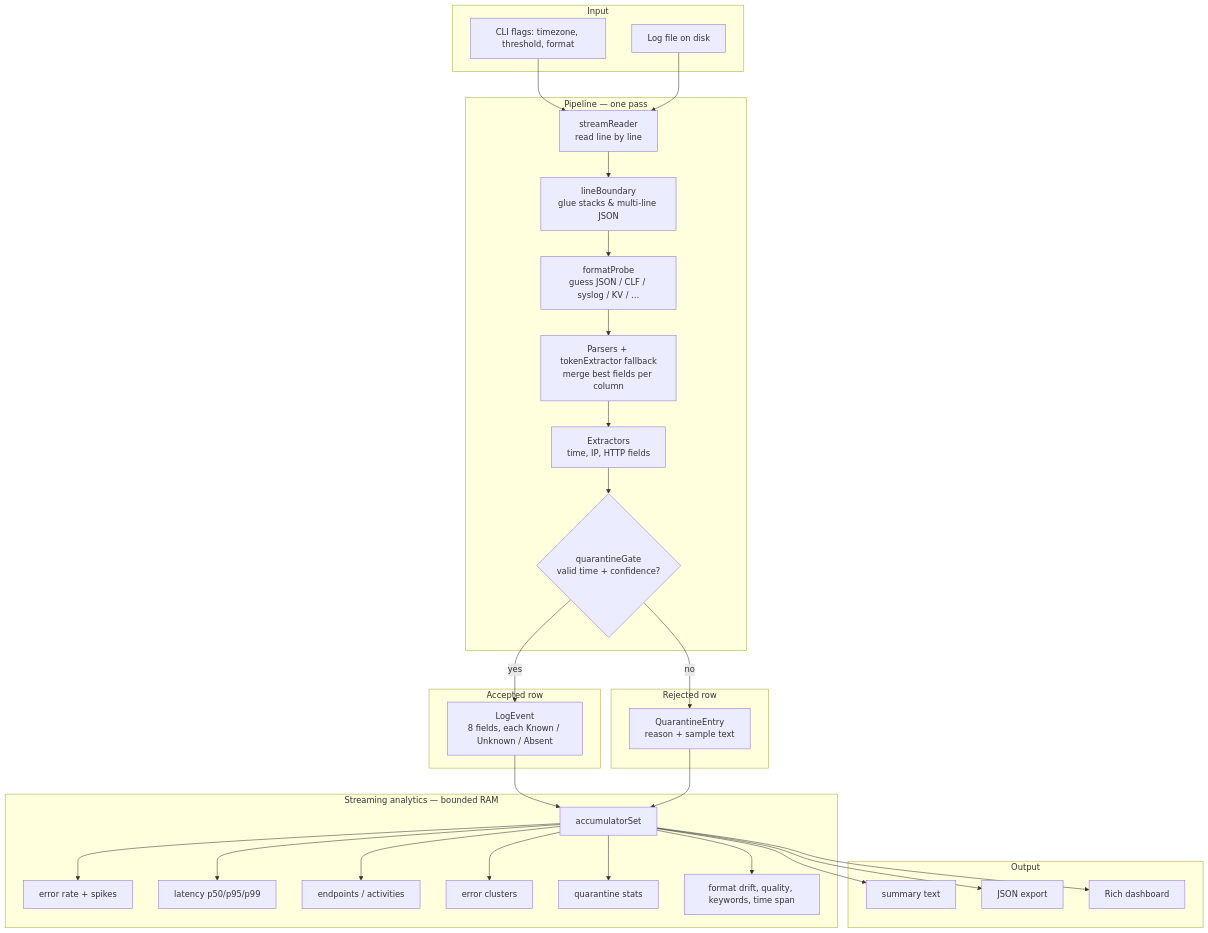
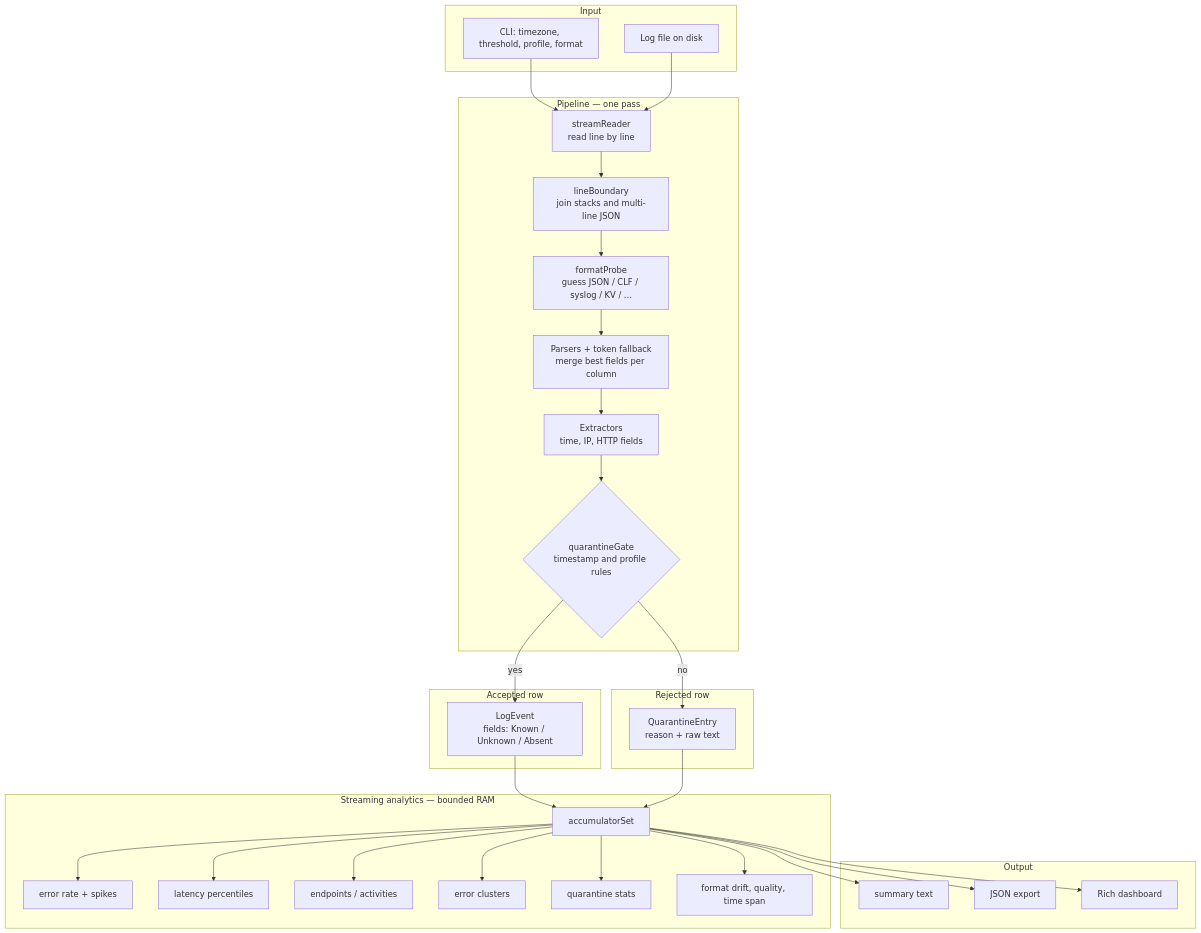
The second of 2 diagrams in README.md (emanalytic/Logana), drawn with Mermaid before and after one commit. The commit also changed other lines of this file and 1 other file, not shown here.

````diff
--- a/README.md
+++ b/README.md
@@ -81,48 +96,48 @@
 ```mermaid
 flowchart TB
   subgraph input [Input]
     F[Log file on disk]
-    CLI[CLI flags: timezone, threshold, format]
+    CLI[CLI: timezone, threshold, profile, format]
   end
 
   subgraph pipeline [Pipeline — one pass]
     SR[streamReader<br/>read line by line]
-    LB[lineBoundary<br/>glue stacks & multi-line JSON]
+    LB[lineBoundary<br/>join stacks and multi-line JSON]
     FP[formatProbe<br/>guess JSON / CLF / syslog / KV / …]
-    P[Parsers + tokenExtractor fallback<br/>merge best fields per column]
+    P[Parsers + token fallback<br/>merge best fields per column]
     EX[Extractors<br/>time, IP, HTTP fields]
-    QG{quarantineGate<br/>valid time + confidence?}
+    QG{quarantineGate<br/>timestamp and profile rules}
   end
 
   subgraph accepted [Accepted row]
-    EV[LogEvent<br/>8 fields, each Known / Unknown / Absent]
+    EV[LogEvent<br/>fields: Known / Unknown / Absent]
   end
 
   subgraph rejected [Rejected row]
-    QN[QuarantineEntry<br/>reason + sample text]
+    QN[QuarantineEntry<br/>reason + raw text]
   end
 
   subgraph analytics [Streaming analytics — bounded RAM]
     ACC[accumulatorSet]
     ER[error rate + spikes]
-    LAT[latency p50/p95/p99]
+    LAT[latency percentiles]
     EP[endpoints / activities]
     EC[error clusters]
     QT[quarantine stats]
-    OTH[format drift, quality, keywords, time span]
+    OTH[format drift, quality, time span]
   end
 
   subgraph output [Output]
     SUM[summary text]
     JSON[JSON export]
     DASH[Rich dashboard]
   end
 
   CLI --> SR
   F --> SR
   SR --> LB --> FP --> P --> EX --> QG
   QG -->|yes| EV --> ACC
   QG -->|no| QN --> ACC
   ACC --> ER & LAT & EP & EC & QT & OTH
   ACC --> SUM & JSON & DASH
 ```
````
